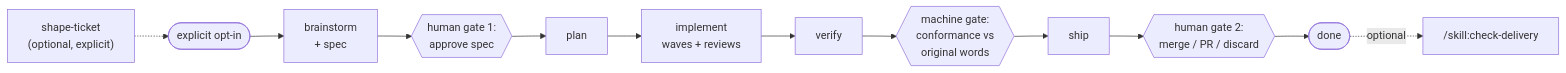
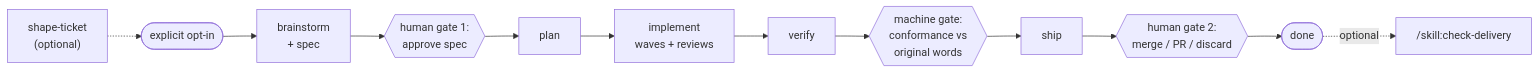
The diagram in README.md (jjuraszek/pi-gauntlet), drawn with Mermaid before and after one commit. The commit also changed other lines of this file and 2 other files, not shown here.

First line of the commit message:
shape-ticket: allow model invocation; the confirmation gate stays the control

````diff
--- a/README.md
+++ b/README.md
@@ -48,15 +48,15 @@
 ```mermaid
 flowchart LR
-    T["shape-ticket<br/>(optional, explicit)"]
+    T["shape-ticket<br/>(optional)"]
     R([explicit opt-in]) --> B[brainstorm<br/>+ spec]
     T -.-> R
     B --> G1{{human gate 1:<br/>approve spec}}
     G1 --> P[plan]
     P --> I[implement<br/>waves + reviews]
     I --> V[verify]
     V --> M{{machine gate:<br/>conformance vs<br/>original words}}
     M --> S[ship]
     S --> G2{{human gate 2:<br/>merge / PR / discard}}
     G2 --> D([done])
     D -.optional.-> CD["/skill:check-delivery"]
 ```
````
